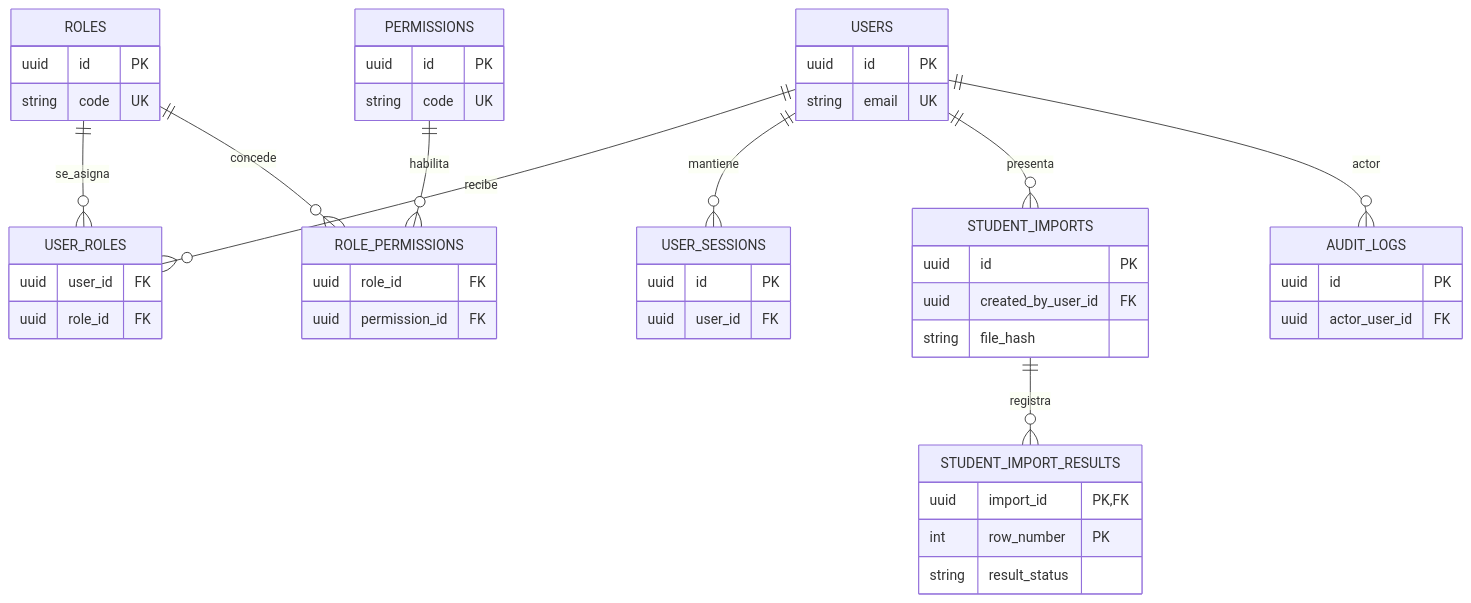
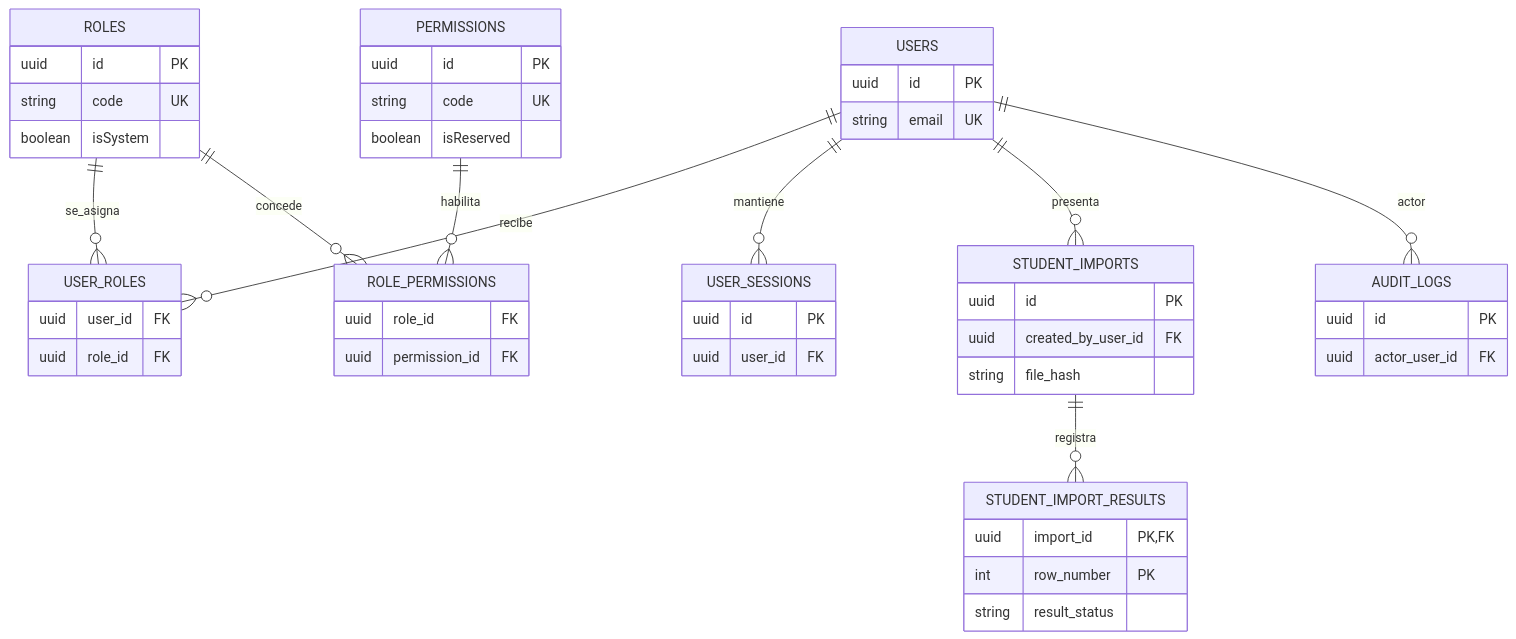
One commit to EderPanta18/academic-management-api changed the third of 3 diagrams in docs/05-modeling/02-data-model.md. Above: the diagram before and after it, drawn with Mermaid. The commit also changed other lines of this file and 24 other files, not shown here.

Commit message:
docs: update architecture and access control

````diff
--- a/docs/05-modeling/02-data-model.md
+++ b/docs/05-modeling/02-data-model.md
@@ -185,50 +185,52 @@
 ```mermaid
 erDiagram
     USERS ||--o{ USER_ROLES : recibe
     ROLES ||--o{ USER_ROLES : se_asigna
     ROLES ||--o{ ROLE_PERMISSIONS : concede
     PERMISSIONS ||--o{ ROLE_PERMISSIONS : habilita
     USERS ||--o{ USER_SESSIONS : mantiene
     USERS ||--o{ STUDENT_IMPORTS : presenta
     STUDENT_IMPORTS ||--o{ STUDENT_IMPORT_RESULTS : registra
     USERS ||--o{ AUDIT_LOGS : actor
 
     USERS {
         uuid id PK
         string email UK
     }
     ROLES {
         uuid id PK
         string code UK
+        boolean isSystem
     }
     PERMISSIONS {
         uuid id PK
         string code UK
+        boolean isReserved
     }
     USER_ROLES {
         uuid user_id FK
         uuid role_id FK
     }
     ROLE_PERMISSIONS {
         uuid role_id FK
         uuid permission_id FK
     }
     USER_SESSIONS {
         uuid id PK
         uuid user_id FK
     }
     STUDENT_IMPORTS {
         uuid id PK
         uuid created_by_user_id FK
         string file_hash
     }
     STUDENT_IMPORT_RESULTS {
         uuid import_id PK,FK
         int row_number PK
         string result_status
     }
     AUDIT_LOGS {
         uuid id PK
         uuid actor_user_id FK
     }
 ```
````
